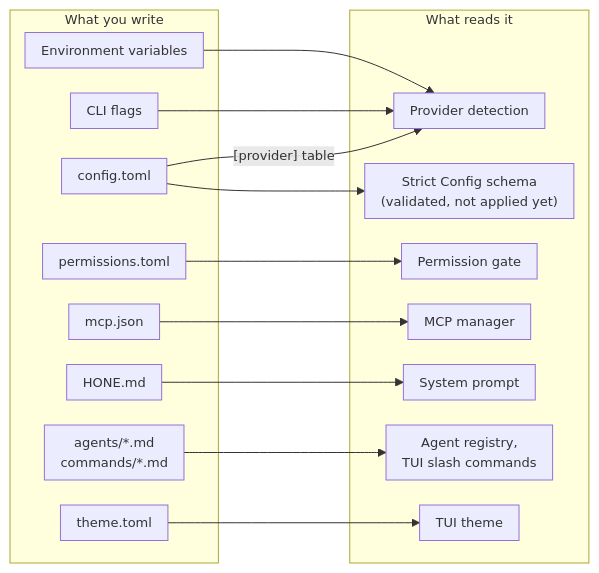
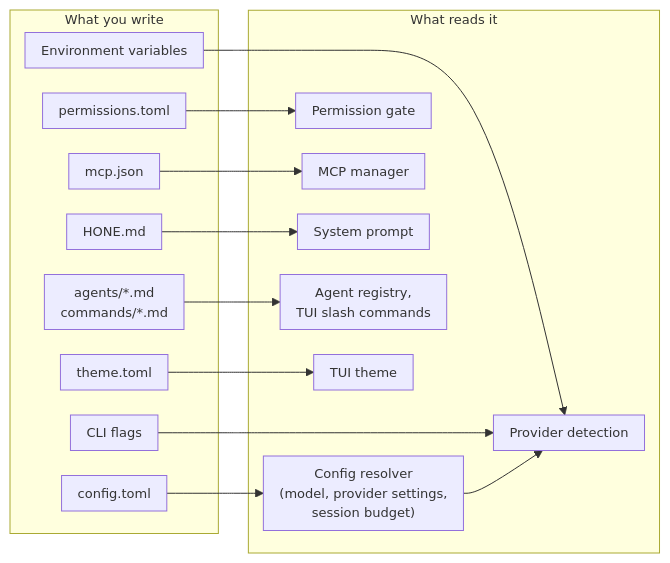
One commit to wojciechkpl/hone changed the first of 4 diagrams in docs/configuration.md. Above: the diagram before and after it, drawn with Mermaid. The commit also changed other lines of this file and 6 other files, not shown here.

Commit message:
docs: config.toml is applied; trust rules, precedence, errors; drop never-read [agent] examples

````diff
--- a/docs/configuration.md
+++ b/docs/configuration.md
@@ -16,32 +16,32 @@
 ```mermaid
 %%{init: {"themeVariables": {"fontSize": "13px"}, "flowchart": {"nodeSpacing": 25, "rankSpacing": 30, "padding": 8}, "sequence": {"actorMargin": 30, "messageMargin": 25, "boxMargin": 6}, "gantt": {"barHeight": 16, "barGap": 3}}}%%
 flowchart LR
   subgraph inputs["What you write"]
     ENV["Environment variables"]
     FLAGS["CLI flags"]
     CFG["config.toml"]
     PERM["permissions.toml"]
     MCPJ["mcp.json"]
     MD["HONE.md"]
     AG["agents/*.md<br/>commands/*.md"]
     TH["theme.toml"]
   end
   subgraph hone["What reads it"]
     DET["Provider detection"]
-    STRICT["Strict Config schema<br/>(validated, not applied yet)"]
+    RES["Config resolver<br/>(model, provider settings,<br/>session budget)"]
     GATE["Permission gate"]
     MGR["MCP manager"]
     SYS["System prompt"]
     REG["Agent registry,<br/>TUI slash commands"]
     TUI["TUI theme"]
   end
   ENV --> DET
   FLAGS --> DET
-  CFG -->|"[provider] table"| DET
-  CFG --> STRICT
+  CFG --> RES
+  RES --> DET
   PERM --> GATE
   MCPJ --> MGR
   MD --> SYS
   AG --> REG
   TH --> TUI
 ```
````
